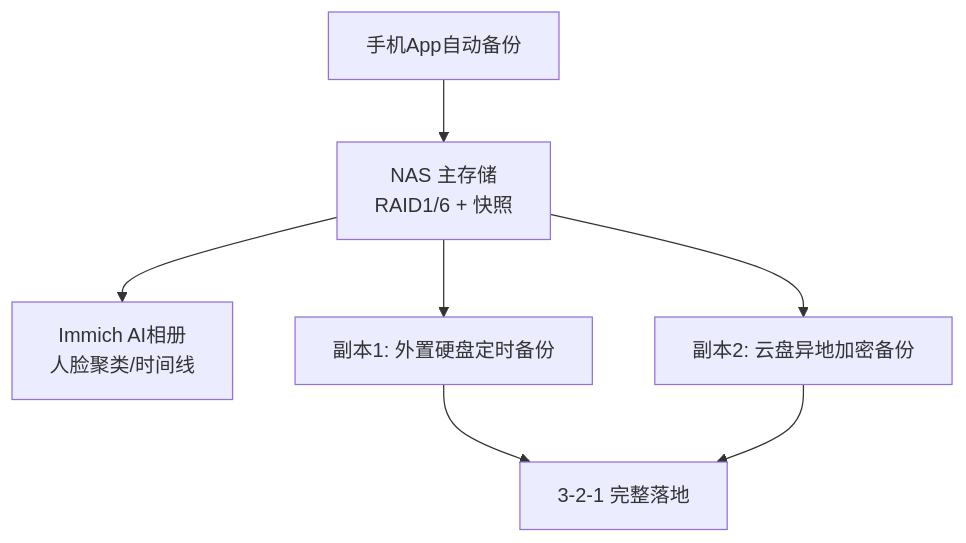
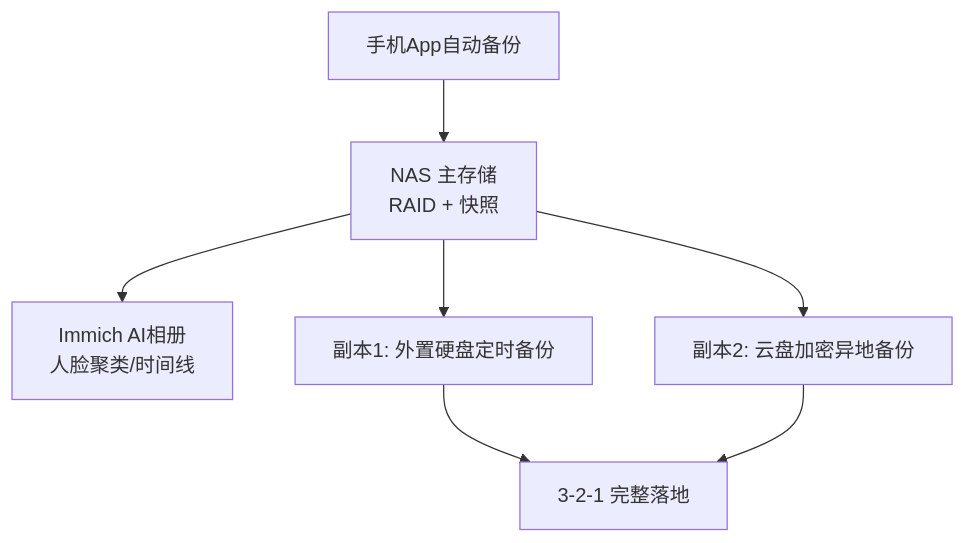
One commit to cv-superding/nas-guide changed the diagram in docs/09-实战案例/9.2-家庭备份与照片库.md. Above: the diagram before and after it, drawn with Mermaid. The commit also changed other lines of this file and 6 other files, not shown here.

````diff
--- a/docs/09-实战案例/9.2-家庭备份与照片库.md
+++ b/docs/09-实战案例/9.2-家庭备份与照片库.md
@@ -25,8 +28,8 @@
 ```mermaid
 flowchart TB
-    A[手机App自动备份] --> B[NAS 主存储<br/>RAID1/6 + 快照]
+    A[手机App自动备份] --> B[NAS 主存储<br/>RAID + 快照]
     B --> C[Immich AI相册<br/>人脸聚类/时间线]
     B --> D[副本1: 外置硬盘定时备份]
-    B --> E[副本2: 云盘异地加密备份]
+    B --> E[副本2: 云盘加密异地备份]
     D & E --> F[3-2-1 完整落地]
 ```
````
